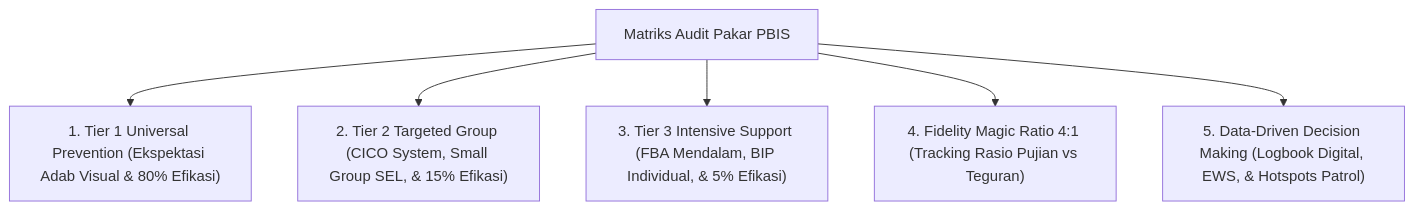
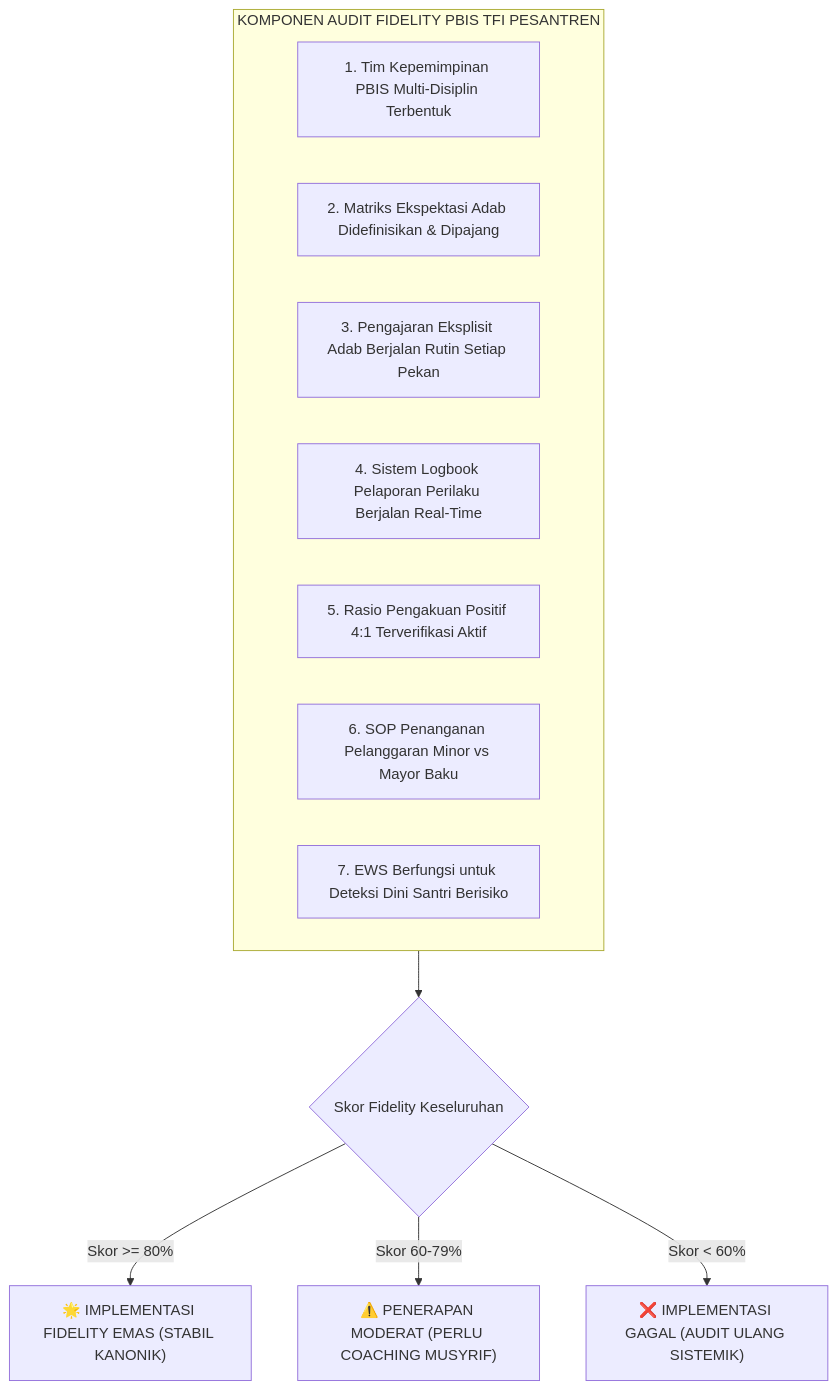
One commit to wandiapriliyandi/tumbuh changed the diagram in .agents/skills/pakar-pbis/SKILL.md. Above: the diagram before and after it, drawn with Mermaid. The commit also changed other lines of this file and 22 other files, not shown here.

````diff
--- a/.agents/skills/pakar-pbis/SKILL.md
+++ b/.agents/skills/pakar-pbis/SKILL.md
@@ -17,9 +50,17 @@
 ```mermaid
-graph TD
-    PBISAudit["Matriks Audit Pakar PBIS"]
-    PBISAudit --> T1["1. Tier 1 Universal Prevention (Ekspektasi Adab Visual & 80% Efikasi)"]
-    PBISAudit --> T2["2. Tier 2 Targeted Group (CICO System, Small Group SEL, & 15% Efikasi)"]
-    PBISAudit --> T3["3. Tier 3 Intensive Support (FBA Mendalam, BIP Individual, & 5% Efikasi)"]
-    PBISAudit --> Ratio["4. Fidelity Magic Ratio 4:1 (Tracking Rasio Pujian vs Teguran)"]
-    PBISAudit --> Data["5. Data-Driven Decision Making (Logbook Digital, EWS, & Hotspots Patrol)"]
+flowchart TD
+    subgraph TFIAudit["KOMPONEN AUDIT FIDELITY PBIS TFI PESANTREN"]
+        A1["1. Tim Kepemimpinan PBIS Multi-Disiplin Terbentuk"]
+        A2["2. Matriks Ekspektasi Adab Didefinisikan & Dipajang"]
+        A3["3. Pengajaran Eksplisit Adab Berjalan Rutin Setiap Pekan"]
+        A4["4. Sistem Logbook Pelaporan Perilaku Berjalan Real-Time"]
+        A5["5. Rasio Pengakuan Positif 4:1 Terverifikasi Aktif"]
+        A6["6. SOP Penanganan Pelanggaran Minor vs Mayor Baku"]
+        A7["7. EWS Berfungsi untuk Deteksi Dini Santri Berisiko"]
+    end
+    
+    TFIAudit --> Score{"Skor Fidelity Keseluruhan"}
+    Score -->|Skor >= 80%| Gold["🌟 IMPLEMENTASI FIDELITY EMAS (STABIL KANONIK)"]
+    Score -->|Skor 60-79%| Silver["⚠️ PENERAPAN MODERAT (PERLU COACHING MUSYRIF)"]
+    Score -->|Skor < 60%| Red["❌ IMPLEMENTASI GAGAL (AUDIT ULANG SISTEMIK)"]
 ```
````
